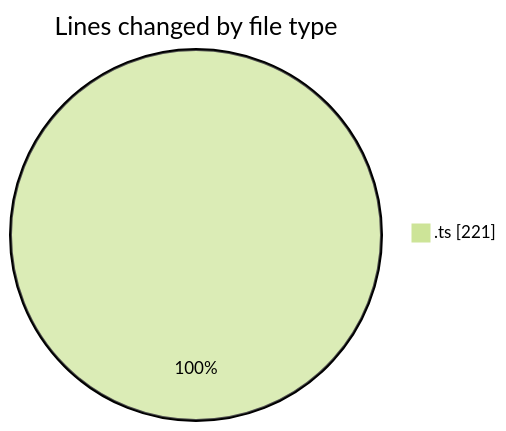
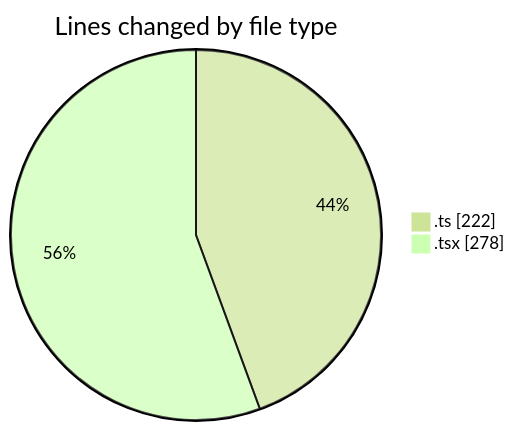
The first of 2 diagrams in 2025-11-10/eventscop-frontend-guide__workspace_/README.md (julien-gomy/code-tracking), drawn with Mermaid (forest theme) before and after one commit. The commit also changed other lines of this file and 1 other file, not shown here.

````diff
--- a/2025-11-10/eventscop-frontend-guide__workspace_/README.md
+++ b/2025-11-10/eventscop-frontend-guide__workspace_/README.md
@@ -21,5 +22,6 @@
 ```mermaid
 pie showData
 title Lines changed by file type
-".ts" : 221
+".ts" : 222
+".tsx" : 278
 ```
````
